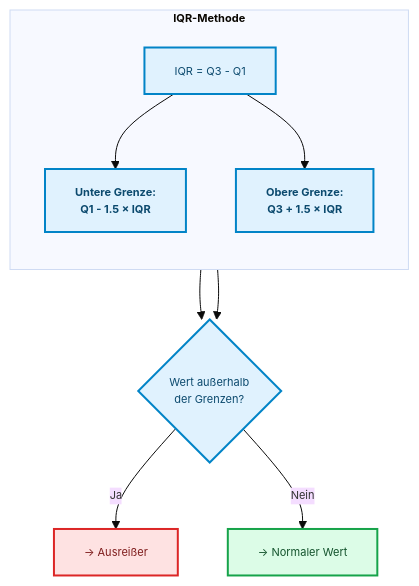
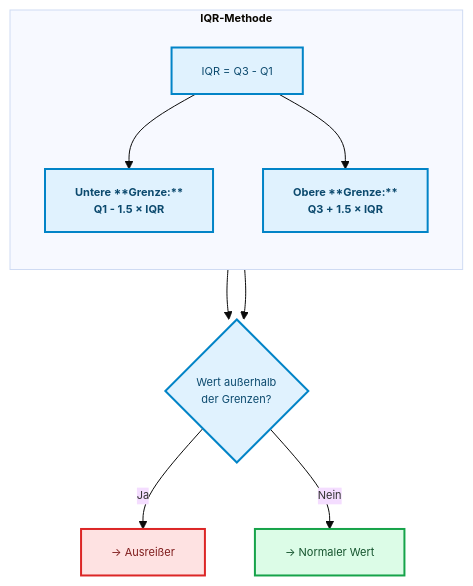
Before and after one commit to ralf-42/ML_Intro: the fourth of 7 diagrams in docs/concepts/prepare/outlier.md, drawn with Mermaid. The commit also changed other lines of this file and 1 other file, not shown here.

````diff
--- a/docs/concepts/prepare/outlier.md
+++ b/docs/concepts/prepare/outlier.md
@@ -150,25 +150,25 @@
 ```mermaid
 %%{init: {'theme': 'base', 'themeVariables': {'fontSize': '11px'}}}%%
 flowchart TB
     subgraph iqr["<b>IQR-Methode"]
         direction TB
         calc["IQR = Q3 - Q1"]
-        lower["<b>Untere Grenze:<br/>Q1 - 1.5 × IQR"]
-        upper["<b>Obere Grenze:<br/>Q3 + 1.5 × IQR"]
+        lower["<b>Untere **Grenze:**<br/>Q1 - 1.5 × IQR"]
+        upper["<b>Obere **Grenze:**<br/>Q3 + 1.5 × IQR"]
     end
 
     calc --> lower
     calc --> upper
 
     lower --> outlier_check{"Wert außerhalb<br/>der Grenzen?"}
     upper --> outlier_check
 
     outlier_check -->|"Ja"| is_outlier["→ Ausreißer"]
     outlier_check -->|"Nein"| normal["→ Normaler Wert"]
 
 classDef default fill:#e0f2fe,stroke:#0284c7,stroke-width:2px,color:#0c4a6e;
 classDef output fill:#dcfce7,stroke:#16a34a,stroke-width:2px,color:#14532d;
 classDef stop fill:#fee2e2,stroke:#dc2626,stroke-width:2px,color:#7f1d1d;
 class normal output;
 class is_outlier stop;
 ```
````
